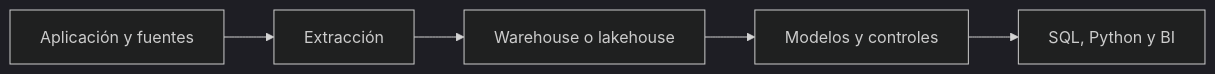
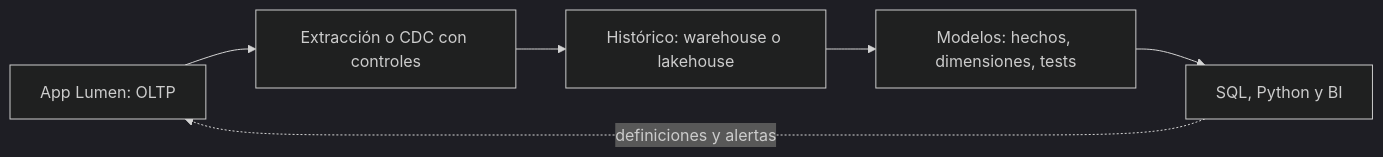
One commit to Ayhur/CursoAnalista changed the first of 2 diagrams in curso/09-sql-nosql/lecciones/07-arquitectura-y-consultas-asistidas.md. Above: the diagram before and after it, drawn with Mermaid (dark theme). The commit also changed other lines of this file and 12 other files, not shown here.

````diff
--- a/curso/09-sql-nosql/lecciones/07-arquitectura-y-consultas-asistidas.md
+++ b/curso/09-sql-nosql/lecciones/07-arquitectura-y-consultas-asistidas.md
@@ -9,7 +11,8 @@
 ```mermaid
 flowchart LR
- A[Aplicación y fuentes] --> B[Extracción]
- B --> C[Warehouse o lakehouse]
- C --> D[Modelos y controles]
+ A[App Lumen: OLTP] --> B[Extracción o CDC con controles]
+ B --> C[Histórico: warehouse o lakehouse]
+ C --> D[Modelos: hechos, dimensiones, tests]
  D --> E[SQL, Python y BI]
+ E -.definiciones y alertas.-> A
 ```
````
